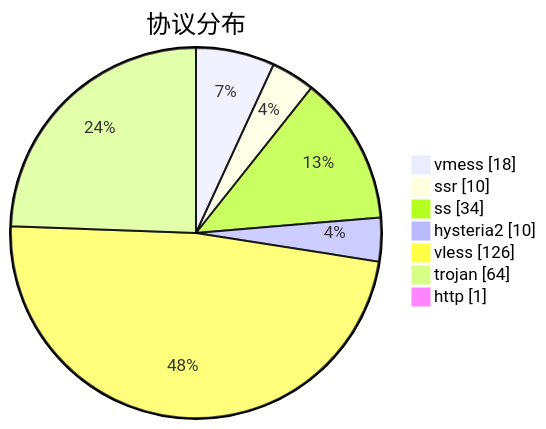
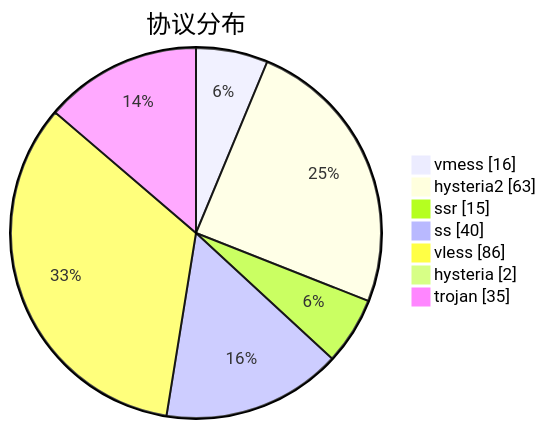
One commit to sinspired/airport changed the third of 3 diagrams in subs/statistics/tested_within.md. Above: the diagram before and after it, drawn with Mermaid. The commit also changed other lines of this file and 2 other files, not shown here.

````diff
--- a/subs/statistics/tested_within.md
+++ b/subs/statistics/tested_within.md
@@ -40,11 +50,11 @@
 ```mermaid
 pie showData
 title 协议分布
-"vmess" : 18
-"ssr" : 10
-"ss" : 34
-"hysteria2" : 10
-"vless" : 126
-"trojan" : 64
-"http" : 1
+"vmess" : 16
+"hysteria2" : 63
+"ssr" : 15
+"ss" : 40
+"vless" : 86
+"hysteria" : 2
+"trojan" : 35
 ```
````
